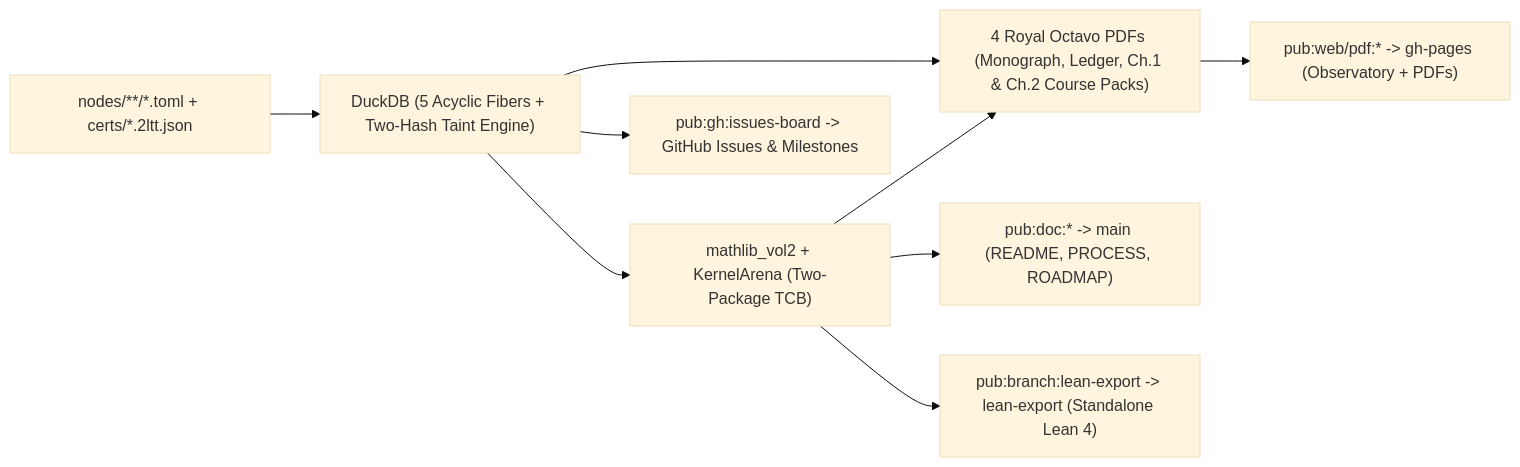
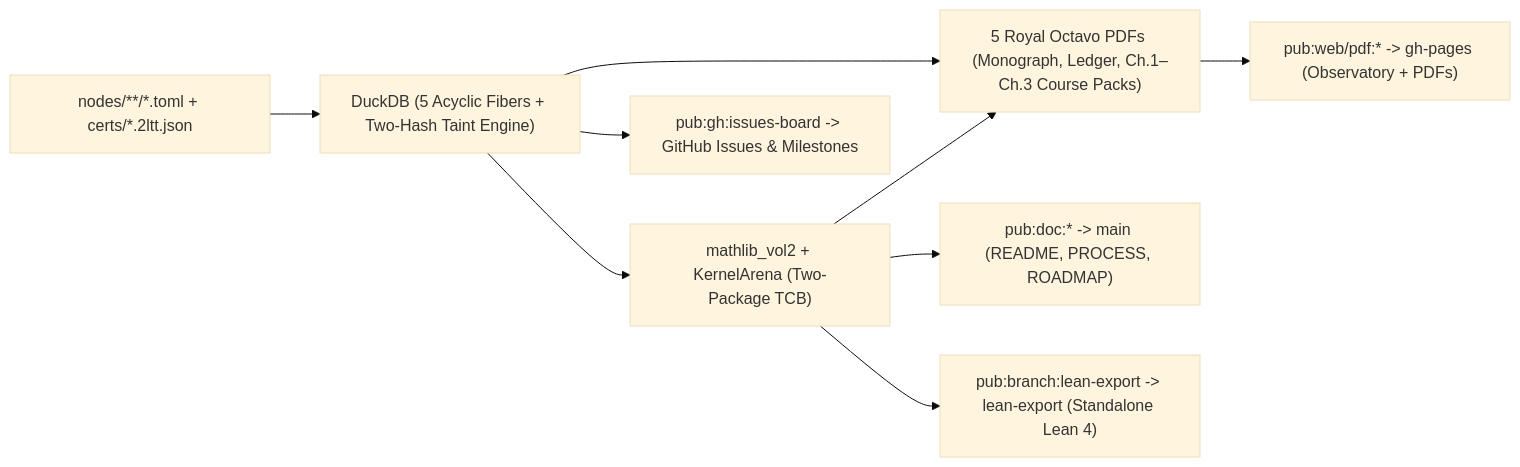
One commit to tryggth/categorical-reverse-mathematics-vol2 changed the diagram in README.md. Above: the diagram before and after it, drawn with Mermaid (base theme). The commit also changed other lines of this file and 32 other files, not shown here.

````diff
--- a/README.md
+++ b/README.md
@@ -16,11 +16,11 @@
 ```mermaid
 flowchart LR
   SRC["nodes/**/*.toml + certs/*.2ltt.json"] --> DB["DuckDB (5 Acyclic Fibers + Two-Hash Taint Engine)"]
   DB --> TCB["mathlib_vol2 + KernelArena (Two-Package TCB)"]
-  DB --> PDFS["4 Royal Octavo PDFs (Monograph, Ledger, Ch.1 & Ch.2 Course Packs)"]
+  DB --> PDFS["5 Royal Octavo PDFs (Monograph, Ledger, Ch.1–Ch.3 Course Packs)"]
   TCB --> PDFS
   TCB --> SMAIN["pub:doc:* -> main (README, PROCESS, ROADMAP)"]
   PDFS --> SPAGES["pub:web/pdf:* -> gh-pages (Observatory + PDFs)"]
   TCB --> SLEAN["pub:branch:lean-export -> lean-export (Standalone Lean 4)"]
   DB --> SISS["pub:gh:issues-board -> GitHub Issues & Milestones"]
 ```
````
